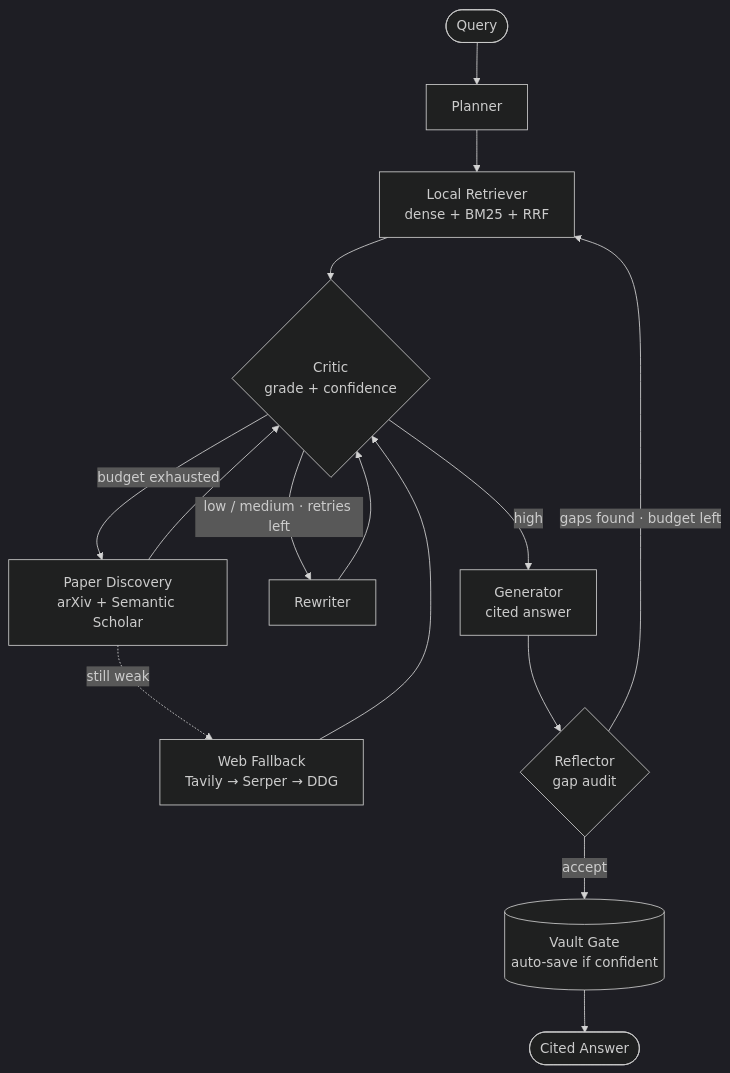
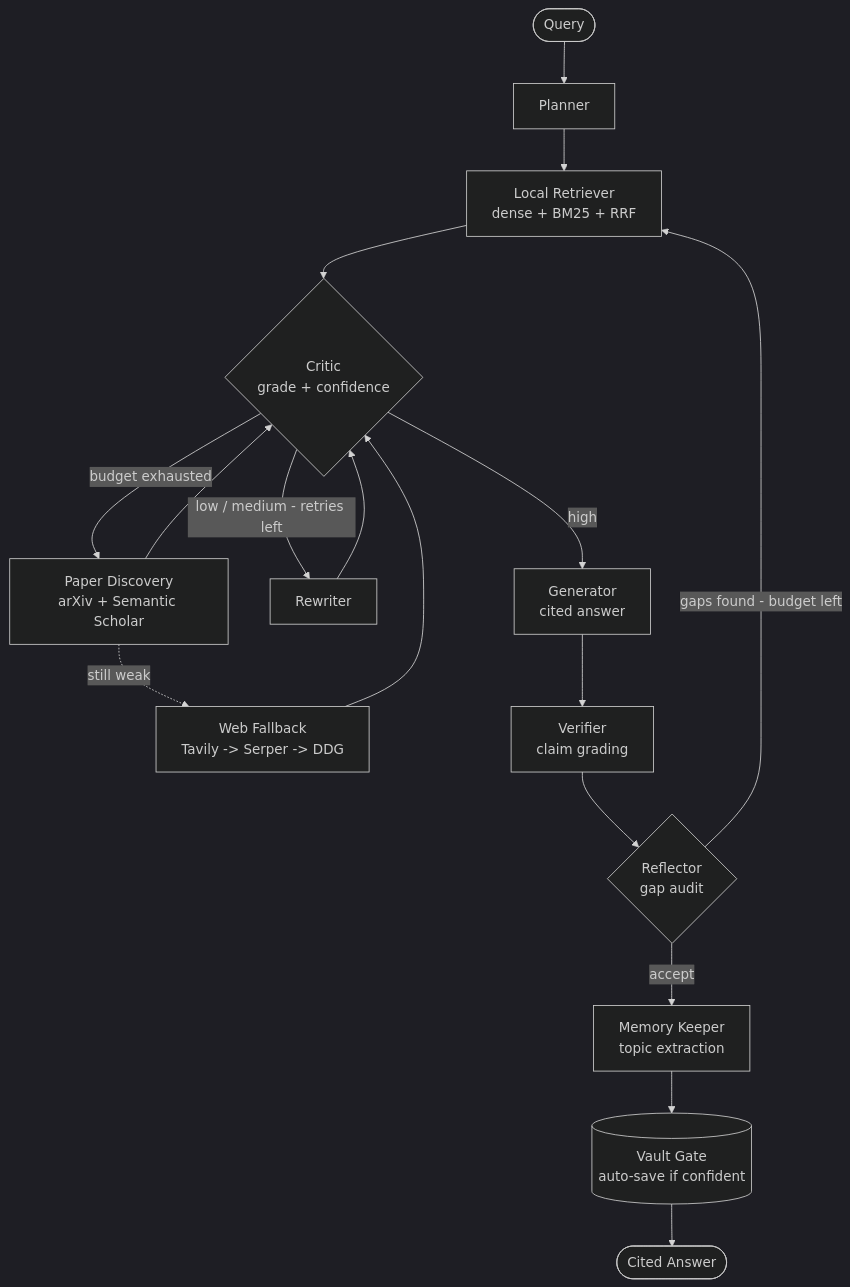
The second of 2 diagrams in README.md (SaumyaBish-t/ResearGent), drawn with Mermaid (dark theme) before and after one commit. The commit also changed other lines of this file and 1 other file, not shown here.

````diff
--- a/README.md
+++ b/README.md
@@ -85,17 +89,19 @@
 ```mermaid
 flowchart TD
     Q(["Query"]) --> P["Planner"]
     P --> R["Local Retriever<br/>dense + BM25 + RRF"]
     R --> C{"Critic<br/>grade + confidence"}
     C -->|high| G["Generator<br/>cited answer"]
-    C -->|"low / medium · retries left"| RW["Rewriter"]
+    C -->|"low / medium - retries left"| RW["Rewriter"]
     RW --> C
     C -->|"budget exhausted"| PD["Paper Discovery<br/>arXiv + Semantic Scholar"]
     PD --> C
-    PD -.->|"still weak"| WF["Web Fallback<br/>Tavily → Serper → DDG"]
+    PD -.->|"still weak"| WF["Web Fallback<br/>Tavily -> Serper -> DDG"]
     WF --> C
-    G --> RF{"Reflector<br/>gap audit"}
-    RF -->|"gaps found · budget left"| R
-    RF -->|accept| V[("Vault Gate<br/>auto-save if confident")]
+    G --> VF["Verifier<br/>claim grading"]
+    VF --> RF{"Reflector<br/>gap audit"}
+    RF -->|"gaps found - budget left"| R
+    RF -->|accept| MK["Memory Keeper<br/>topic extraction"]
+    MK --> V[("Vault Gate<br/>auto-save if confident")]
     V --> A(["Cited Answer"])
 ```
````
